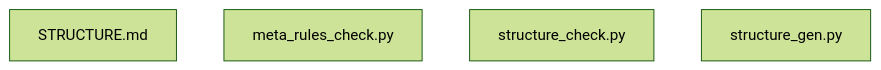
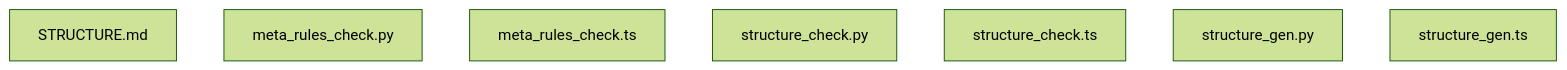
Before and after one commit to andyluss/LiveRefu: the diagram in lab/formal-system/concerns/meta-rules/tools/STRUCTURE.md, drawn with Mermaid (forest theme). The commit also changed other lines of this file and 31 other files, not shown here.

````diff
--- a/lab/formal-system/concerns/meta-rules/tools/STRUCTURE.md
+++ b/lab/formal-system/concerns/meta-rules/tools/STRUCTURE.md
@@ -28,7 +34,10 @@
 ```mermaid
 graph TD
     N0[STRUCTURE.md]
     N1[meta_rules_check.py]
-    N2[structure_check.py]
-    N3[structure_gen.py]
+    N2[meta_rules_check.ts]
+    N3[structure_check.py]
+    N4[structure_check.ts]
+    N5[structure_gen.py]
+    N6[structure_gen.ts]
 ```
````
